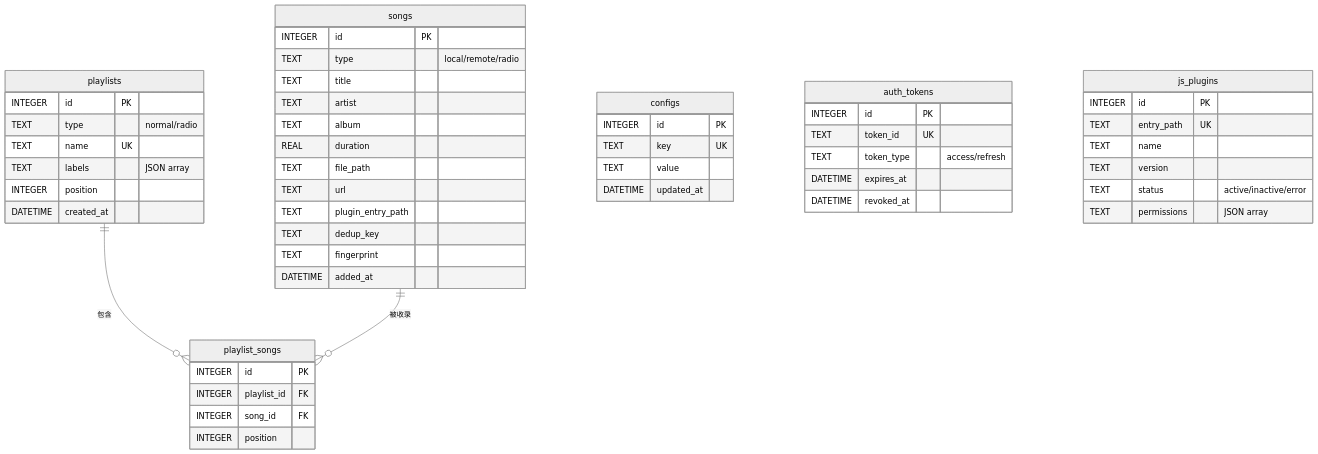
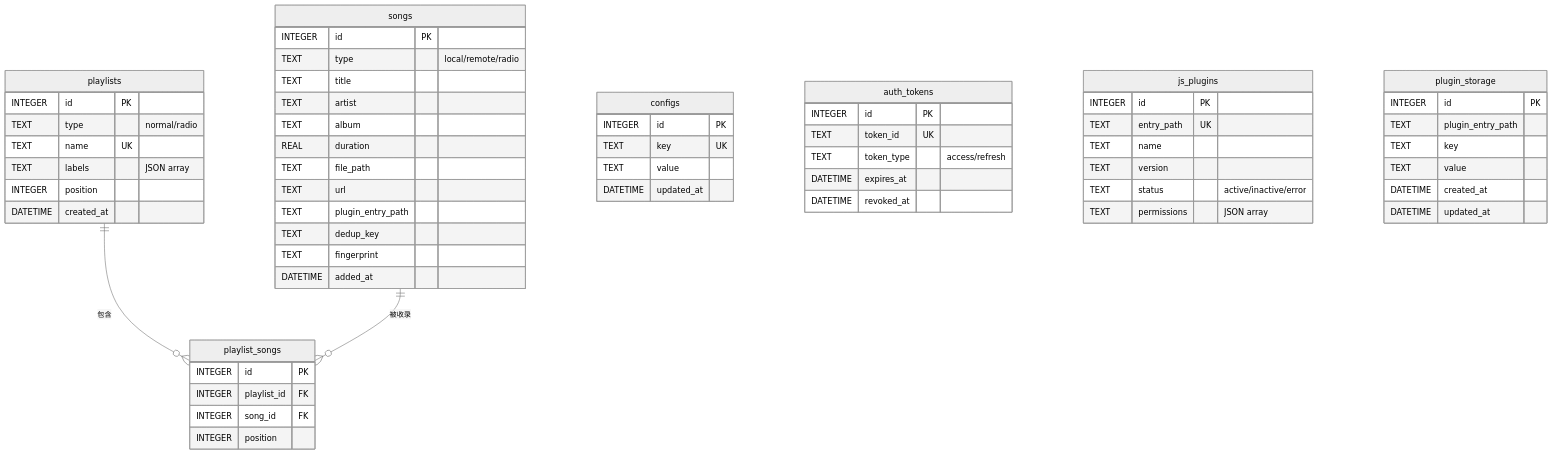
One commit to MambaOutZY/songloft-gemini changed the second of 2 diagrams in docs/repowiki/后端系统设计/数据库设计.md. Above: the diagram before and after it, drawn with Mermaid (neutral theme). The commit also changed other lines of this file and 36 other files, not shown here.

````diff
--- a/docs/repowiki/后端系统设计/数据库设计.md
+++ b/docs/repowiki/后端系统设计/数据库设计.md
@@ -92,60 +92,69 @@
 ```mermaid
 erDiagram
     songs {
         INTEGER id PK
         TEXT type "local/remote/radio"
         TEXT title
         TEXT artist
         TEXT album
         REAL duration
         TEXT file_path
         TEXT url
         TEXT plugin_entry_path
         TEXT dedup_key
         TEXT fingerprint
         DATETIME added_at
     }
 
     playlists {
         INTEGER id PK
         TEXT type "normal/radio"
         TEXT name UK
         TEXT labels "JSON array"
         INTEGER position
         DATETIME created_at
     }
 
     playlist_songs {
         INTEGER id PK
         INTEGER playlist_id FK
         INTEGER song_id FK
         INTEGER position
     }
 
     configs {
         INTEGER id PK
         TEXT key UK
         TEXT value
         DATETIME updated_at
     }
 
     auth_tokens {
         INTEGER id PK
         TEXT token_id UK
         TEXT token_type "access/refresh"
         DATETIME expires_at
         DATETIME revoked_at
     }
 
     js_plugins {
         INTEGER id PK
         TEXT entry_path UK
         TEXT name
         TEXT version
         TEXT status "active/inactive/error"
         TEXT permissions "JSON array"
     }
 
+    plugin_storage {
+        INTEGER id PK
+        TEXT plugin_entry_path
+        TEXT key
+        TEXT value
+        DATETIME created_at
+        DATETIME updated_at
+    }
+
     playlists ||--o{ playlist_songs : "包含"
     songs ||--o{ playlist_songs : "被收录"
 ```
````
